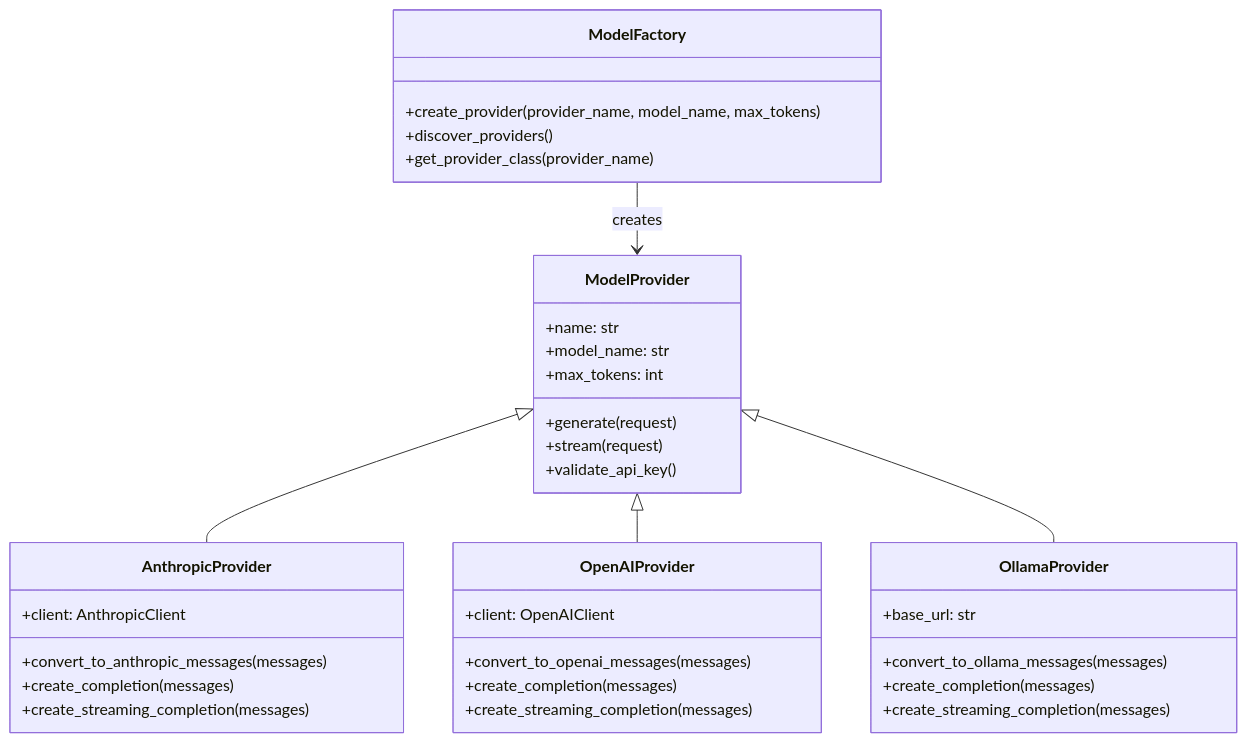
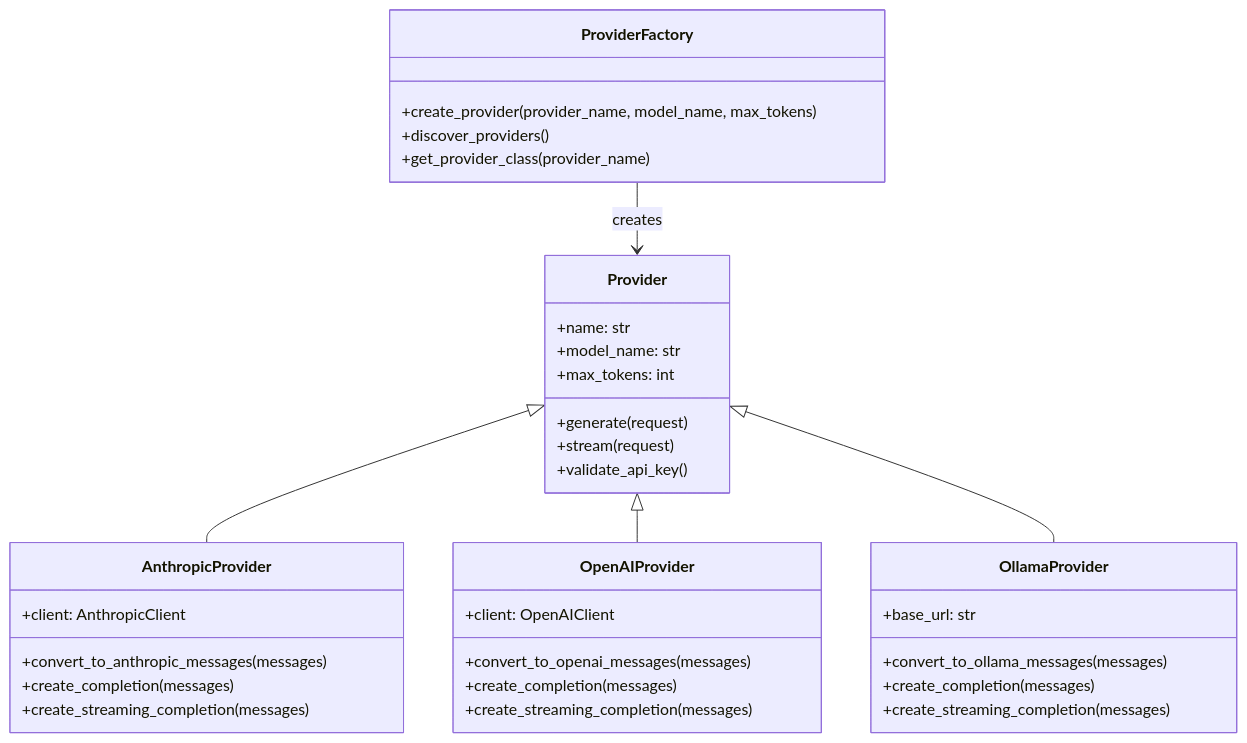
The fourth of 6 diagrams in docs/architecture/components.md (inherent-design/atlas), drawn with Mermaid before and after one commit. The commit also changed other lines of this file and 76 other files, not shown here.

````diff
--- a/docs/architecture/components.md
+++ b/docs/architecture/components.md
@@ -181,43 +181,43 @@
 ```mermaid
 classDiagram
-    class ModelProvider {
+    class Provider {
         +name: str
         +model_name: str
         +max_tokens: int
         +generate(request)
         +stream(request)
         +validate_api_key()
     }
 
     class AnthropicProvider {
         +client: AnthropicClient
         +convert_to_anthropic_messages(messages)
         +create_completion(messages)
         +create_streaming_completion(messages)
     }
 
     class OpenAIProvider {
         +client: OpenAIClient
         +convert_to_openai_messages(messages)
         +create_completion(messages)
         +create_streaming_completion(messages)
     }
 
     class OllamaProvider {
         +base_url: str
         +convert_to_ollama_messages(messages)
         +create_completion(messages)
         +create_streaming_completion(messages)
     }
 
-    class ModelFactory {
+    class ProviderFactory {
         +create_provider(provider_name, model_name, max_tokens)
         +discover_providers()
         +get_provider_class(provider_name)
     }
 
-    ModelProvider <|-- AnthropicProvider
-    ModelProvider <|-- OpenAIProvider
-    ModelProvider <|-- OllamaProvider
-    ModelFactory --> ModelProvider: creates
+    Provider <|-- AnthropicProvider
+    Provider <|-- OpenAIProvider
+    Provider <|-- OllamaProvider
+    ProviderFactory --> Provider: creates
 ```
````
